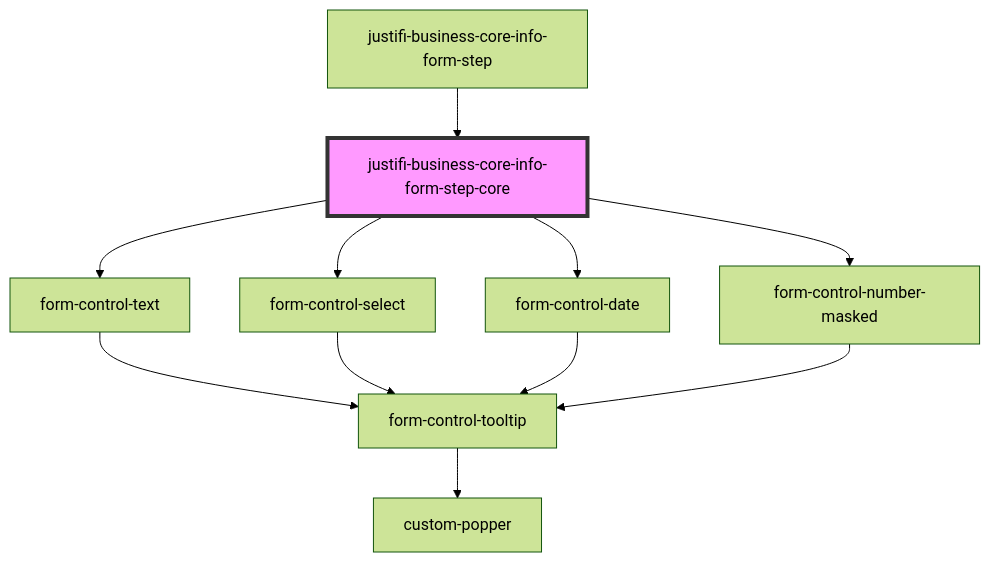
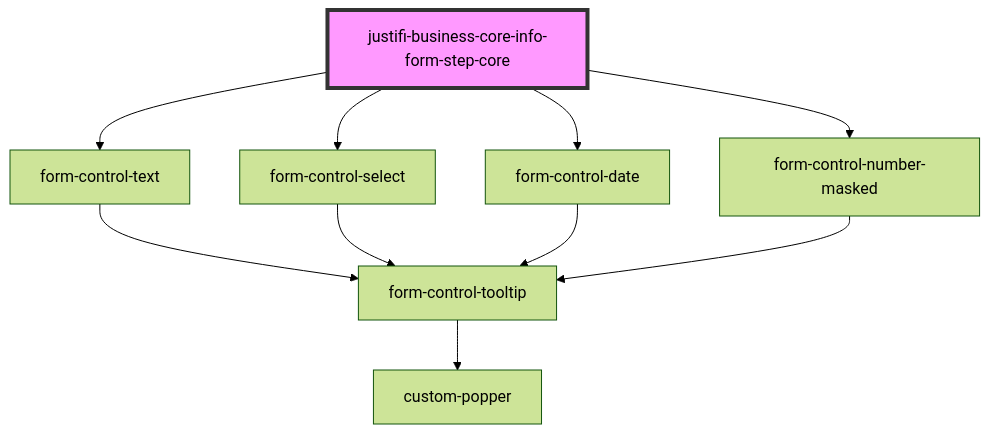
The diagram in packages/webcomponents/src/components/business-forms/payment-provisioning/business-core-info/readme.md (justifi-tech/web-component-library), drawn with Mermaid (forest theme) before and after one commit. The commit also changed other lines of this file and 4 other files, not shown here.

Commit message:
Remove core component for legal-address-form-step

````diff
--- a/packages/webcomponents/src/components/business-forms/payment-provisioning/business-core-info/readme.md
+++ b/packages/webcomponents/src/components/business-forms/payment-provisioning/business-core-info/readme.md
@@ -61,14 +57,13 @@
 ```mermaid
 graph TD;
   justifi-business-core-info-form-step-core --> form-control-text
   justifi-business-core-info-form-step-core --> form-control-select
   justifi-business-core-info-form-step-core --> form-control-date
   justifi-business-core-info-form-step-core --> form-control-number-masked
   form-control-text --> form-control-tooltip
   form-control-tooltip --> custom-popper
   form-control-select --> form-control-tooltip
   form-control-date --> form-control-tooltip
   form-control-number-masked --> form-control-tooltip
-  justifi-business-core-info-form-step --> justifi-business-core-info-form-step-core
   style justifi-business-core-info-form-step-core fill:#f9f,stroke:#333,stroke-width:4px
 ```
````
